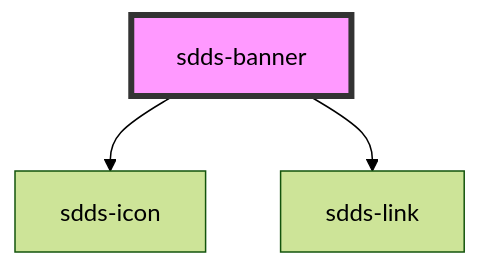
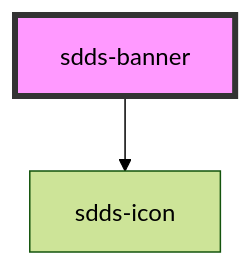
Before and after one commit to scania-digital-design-system/sdds: the diagram in tegel/src/components/banner/readme.md, drawn with Mermaid (forest theme). The commit also changed other lines of this file and 4 other files, not shown here.

````diff
--- a/tegel/src/components/banner/readme.md
+++ b/tegel/src/components/banner/readme.md
@@ -63,6 +57,5 @@
 ```mermaid
 graph TD;
   sdds-banner --> sdds-icon
-  sdds-banner --> sdds-link
   style sdds-banner fill:#f9f,stroke:#333,stroke-width:4px
 ```
````
